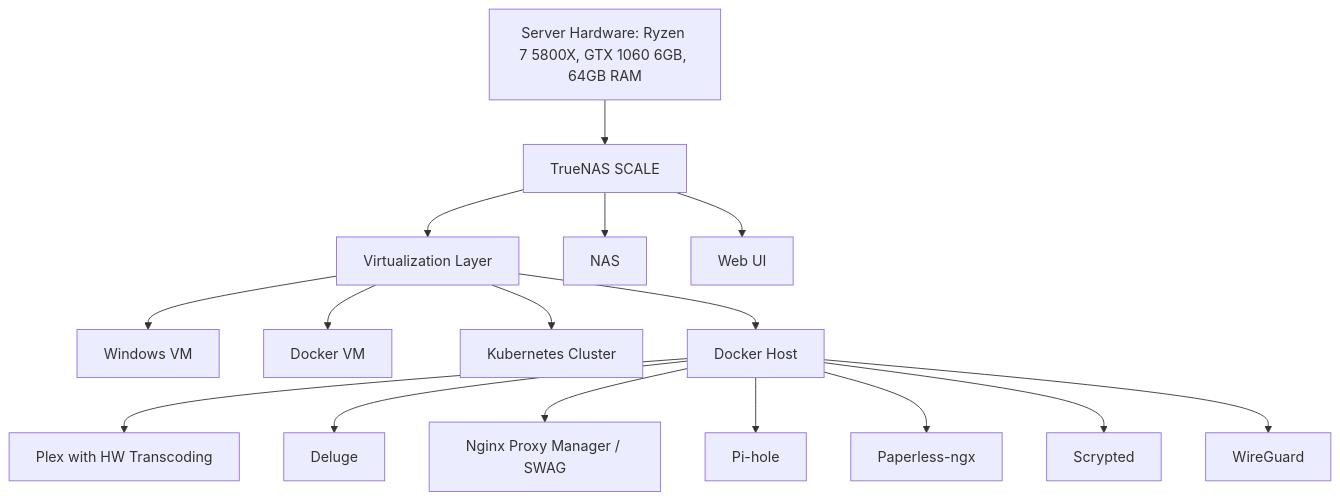
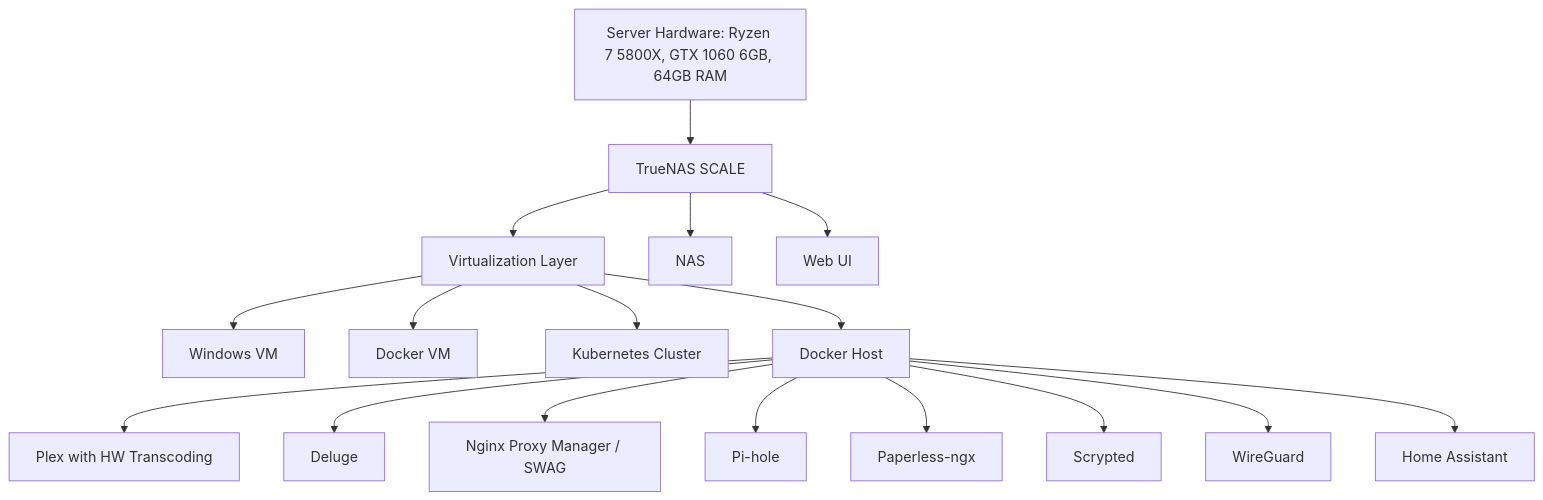
One commit to luca910/homelab changed the diagram in readme.md. Above: the diagram before and after it, drawn with Mermaid.

````diff
--- a/readme.md
+++ b/readme.md
@@ -1,19 +1,20 @@
 ```mermaid
 graph TD
     A[Server Hardware: Ryzen 7 5800X, GTX 1060 6GB, 64GB RAM] --> B[TrueNAS SCALE]
     B --> C[Virtualization Layer]
     C --> D[Windows VM]
     C --> E[Docker VM]
     C --> F[Kubernetes Cluster]
     B --> G[NAS]
     B --> H[Web UI]
 
     C --> I[Docker Host]
     I --> J[Plex with HW Transcoding]
     I --> K[Deluge]
     I --> L[Nginx Proxy Manager / SWAG]
     I --> M[Pi-hole]
     I --> N[Paperless-ngx]
     I --> O[Scrypted]
     I --> P[WireGuard]
+    I --> Q[Home Assistant]
 ```
````
